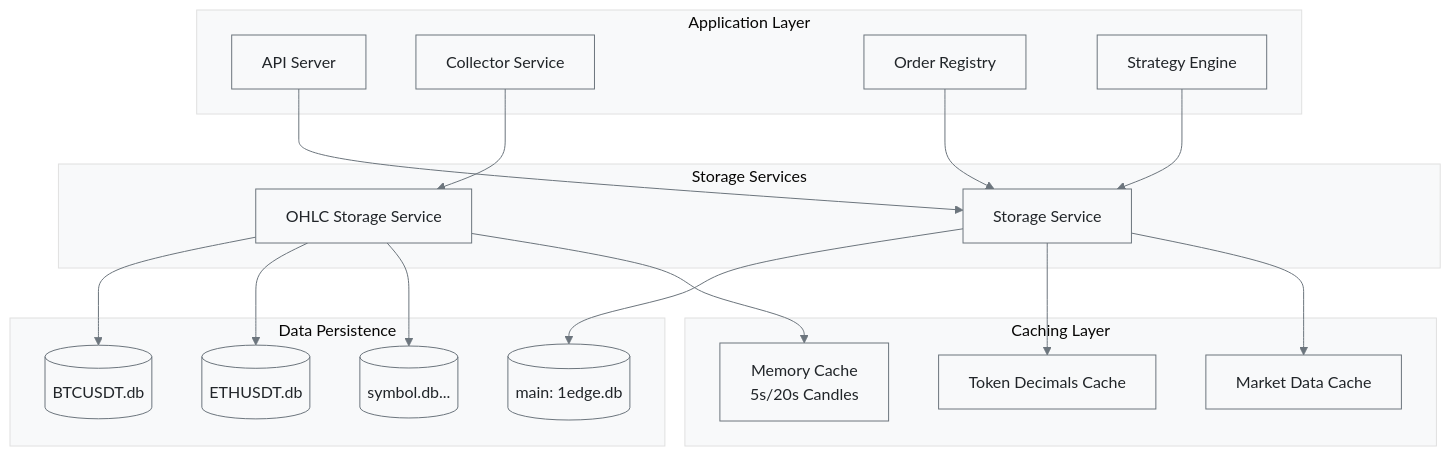
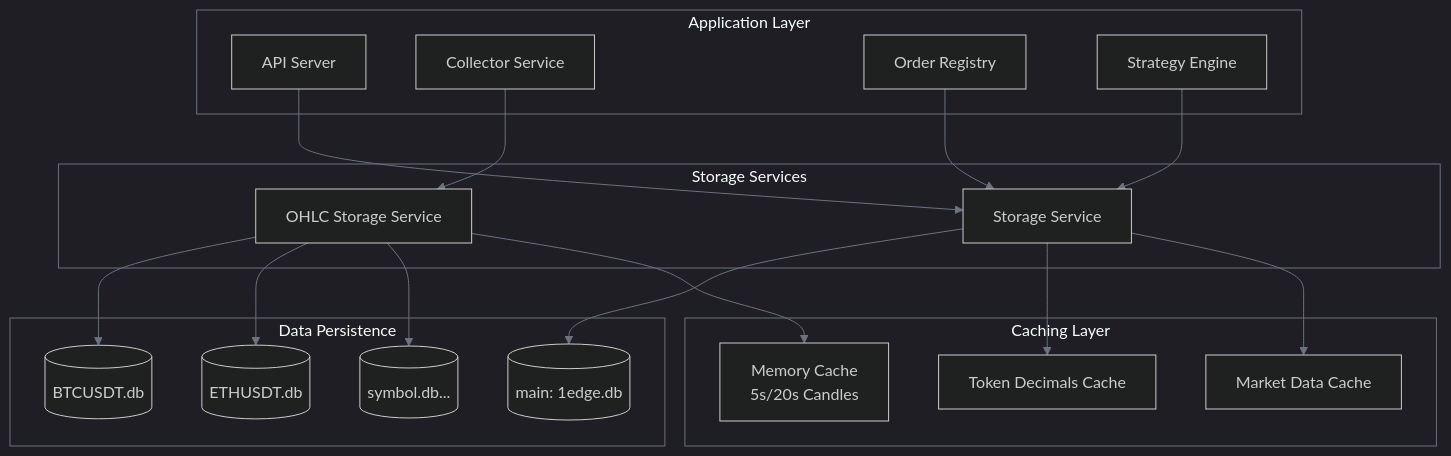
Before and after one commit to pde-rent/1edge: the first of 6 diagrams in docs/1edge/storage.md, drawn with Mermaid. The commit also changed other lines of this file and 23 other files, not shown here.

````diff
--- a/docs/1edge/storage.md
+++ b/docs/1edge/storage.md
@@ -16,42 +16,42 @@
 ```mermaid
-%%{init: {'theme':'base', 'themeVariables': {'primaryColor':'#f8f9fa','primaryTextColor':'#212529','primaryBorderColor':'#6c757d','lineColor':'#6c757d','sectionBkgColor':'transparent','altSectionBkgColor':'transparent','gridColor':'#dee2e6','secondaryColor':'#e9ecef','tertiaryColor':'#f8f9fa'}}}%%
+%%{init: {'theme':'dark', 'themeVariables': {'primaryColor':'#22c55e','background':'transparent','primaryBorderColor':'#22c55e','lineColor':'#6b7280','sectionBkgColor':'transparent','altSectionBkgColor':'transparent','clusterBkg':'transparent','clusterBorder':'#6b7280'}}}%%
 graph TB
     subgraph "Application Layer"
         API[API Server]
         Collector[Collector Service]
         OrderRegistry[Order Registry]
         Strategies[Strategy Engine]
     end
     
     subgraph "Storage Services"
         MainStorage[Storage Service]
         OHLCStorage[OHLC Storage Service]
     end
     
     subgraph "Data Persistence"
         MainDB[(main: 1edge.db)]
         OHLCDB1[(BTCUSDT.db)]
         OHLCDB2[(ETHUSDT.db)]
         OHLCDB3[(symbol.db...)]
     end
     
     subgraph "Caching Layer"
         MemoryCache[Memory Cache<br/>5s/20s Candles]
         TokenCache[Token Decimals Cache]
         MarketCache[Market Data Cache]
     end
     
     API --> MainStorage
     OrderRegistry --> MainStorage
     Strategies --> MainStorage
     Collector --> OHLCStorage
     
     MainStorage --> MainDB
     OHLCStorage --> OHLCDB1
     OHLCStorage --> OHLCDB2  
     OHLCStorage --> OHLCDB3
     
     OHLCStorage --> MemoryCache
     MainStorage --> TokenCache
     MainStorage --> MarketCache
 ```
````
